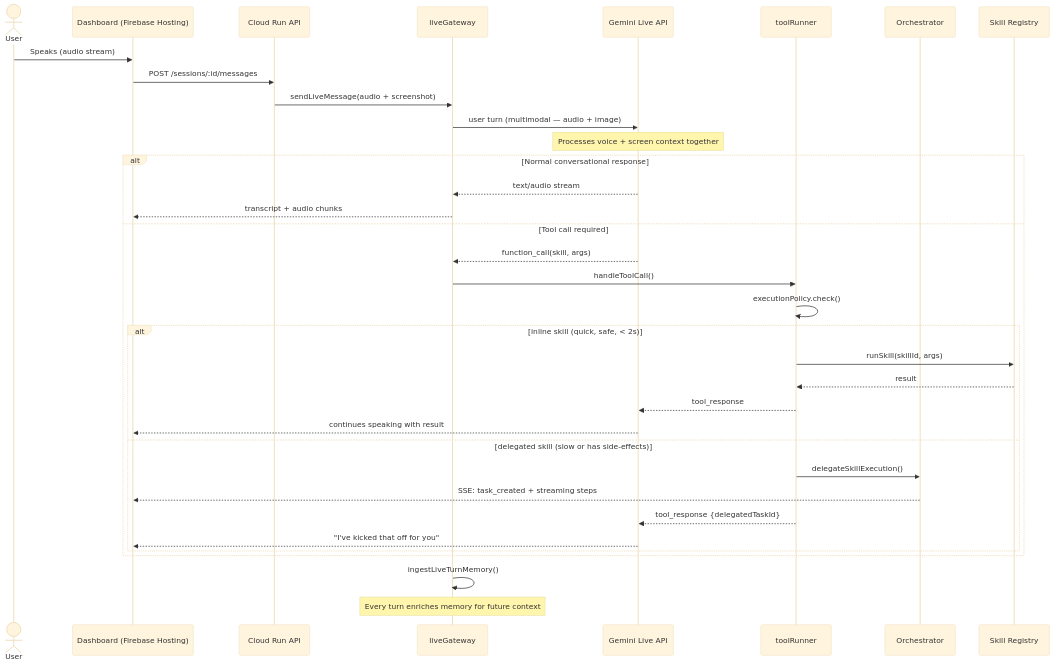
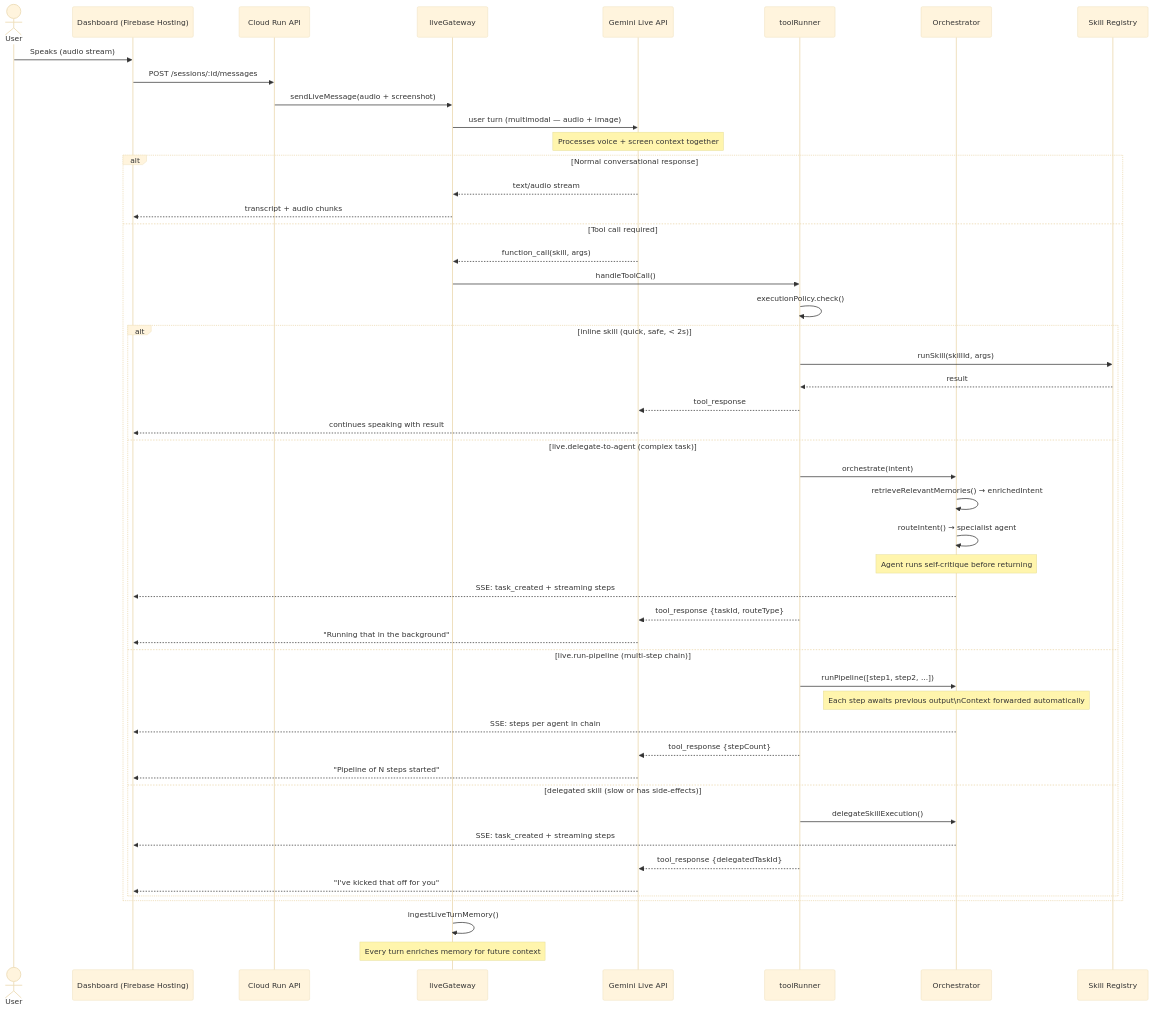
One commit to Vrun-design/Crewmate-AI changed the second of 6 diagrams in docs/ARCHITECTURE.md. Above: the diagram before and after it, drawn with Mermaid (base theme). The commit also changed other lines of this file and 42 other files, not shown here.

````diff
--- a/docs/ARCHITECTURE.md
+++ b/docs/ARCHITECTURE.md
@@ -177,41 +193,55 @@
 ```mermaid
 sequenceDiagram
     actor User
     participant UI as Dashboard (Firebase Hosting)
     participant API as Cloud Run API
     participant GW as liveGateway
     participant Gemini as Gemini Live API
     participant TR as toolRunner
     participant Orch as Orchestrator
     participant Skills as Skill Registry
 
     User->>UI: Speaks (audio stream)
     UI->>API: POST /sessions/:id/messages
     API->>GW: sendLiveMessage(audio + screenshot)
     GW->>Gemini: user turn (multimodal — audio + image)
     Note over Gemini: Processes voice + screen context together
 
     alt Normal conversational response
         Gemini-->>GW: text/audio stream
         GW-->>UI: transcript + audio chunks
     else Tool call required
         Gemini-->>GW: function_call(skill, args)
         GW->>TR: handleToolCall()
         TR->>TR: executionPolicy.check()
 
         alt inline skill (quick, safe, < 2s)
             TR->>Skills: runSkill(skillId, args)
             Skills-->>TR: result
             TR-->>Gemini: tool_response
             Gemini-->>UI: continues speaking with result
+        else live.delegate-to-agent (complex task)
+            TR->>Orch: orchestrate(intent)
+            Orch->>Orch: retrieveRelevantMemories() → enrichedIntent
+            Orch->>Orch: routeIntent() → specialist agent
+            Note over Orch: Agent runs self-critique before returning
+            Orch-->>UI: SSE: task_created + streaming steps
+            TR-->>Gemini: tool_response {taskId, routeType}
+            Gemini-->>UI: "Running that in the background"
+        else live.run-pipeline (multi-step chain)
+            TR->>Orch: runPipeline([step1, step2, ...])
+            Note over Orch: Each step awaits previous output\nContext forwarded automatically
+            Orch-->>UI: SSE: steps per agent in chain
+            TR-->>Gemini: tool_response {stepCount}
+            Gemini-->>UI: "Pipeline of N steps started"
         else delegated skill (slow or has side-effects)
             TR->>Orch: delegateSkillExecution()
             Orch-->>UI: SSE: task_created + streaming steps
             TR-->>Gemini: tool_response {delegatedTaskId}
             Gemini-->>UI: "I've kicked that off for you"
         end
     end
 
     GW->>GW: ingestLiveTurnMemory()
     Note over GW: Every turn enriches memory for future context
 ```
````
